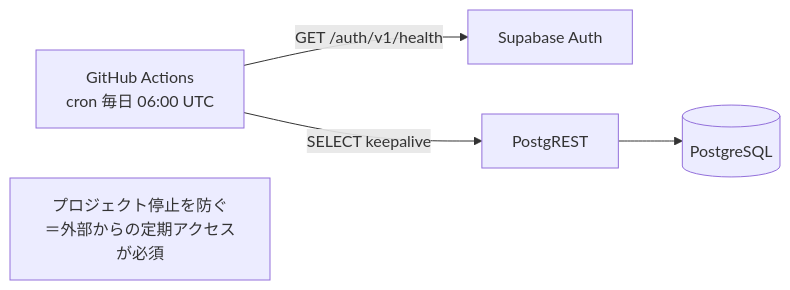
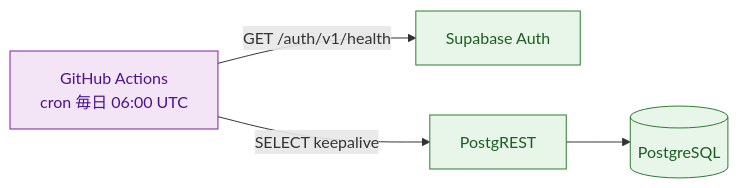
One commit to komikonkon/Rakuku changed the seventh of 7 diagrams in docs/architecture.md. Above: the diagram before and after it, drawn with Mermaid. The commit also changed other lines of this file and 1 other file, not shown here.

First line of the commit message:
Improve diagrams: color-coding, fewer line crossings, review-friendly layout

````diff
--- a/docs/architecture.md
+++ b/docs/architecture.md
@@ -173,6 +211,8 @@
 ```mermaid
 flowchart LR
-    Cron["GitHub Actions<br/>cron 毎日 06:00 UTC"] -->|GET /auth/v1/health| Auth["Supabase Auth"]
-    Cron -->|SELECT keepalive| REST["PostgREST"] --> DB[("PostgreSQL")]
-    Note["プロジェクト停止を防ぐ<br/>＝外部からの定期アクセスが必須"]
+    Cron["GitHub Actions<br/>cron 毎日 06:00 UTC"]:::ops -->|GET /auth/v1/health| Auth["Supabase Auth"]:::sb
+    Cron -->|SELECT keepalive| REST["PostgREST"]:::sb --> DB[("PostgreSQL")]:::sb
+
+    classDef ops fill:#F3E5F5,stroke:#7B1FA2,color:#4A148C;
+    classDef sb  fill:#E8F5E9,stroke:#2E7D32,color:#1B5E20;
 ```
````
